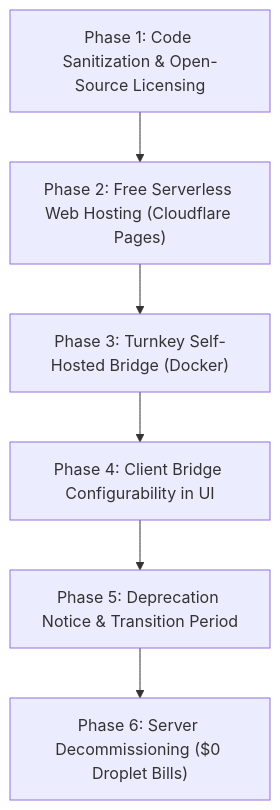
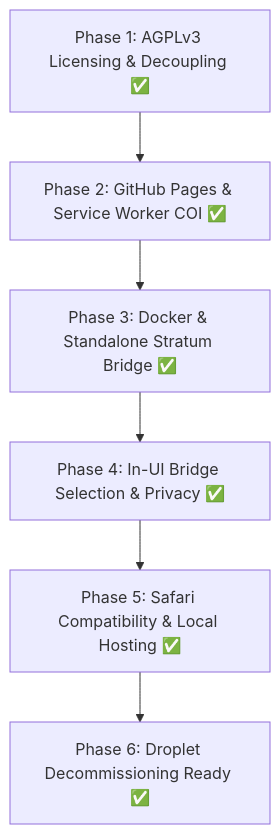
One commit to j3r0nim0/voltminer-web changed the diagram in docs/OPENSOURCE_AND_RETIREMENT_PLAN.md. Above: the diagram before and after it, drawn with Mermaid. The commit also changed other lines of this file, not shown here.

Commit message:
docs: finalize open-source transition and retirement execution report

````diff
--- a/docs/OPENSOURCE_AND_RETIREMENT_PLAN.md
+++ b/docs/OPENSOURCE_AND_RETIREMENT_PLAN.md
@@ -40,8 +25,8 @@
 ```mermaid
 flowchart TD
-    A["Phase 1: Code Sanitization & Open-Source Licensing"] --> B["Phase 2: Free Serverless Web Hosting (Cloudflare Pages)"]
-    B --> C["Phase 3: Turnkey Self-Hosted Bridge (Docker)"]
-    C --> D["Phase 4: Client Bridge Configurability in UI"]
-    D --> E["Phase 5: Deprecation Notice & Transition Period"]
-    E --> F["Phase 6: Server Decommissioning ($0 Droplet Bills)"]
+    A["Phase 1: AGPLv3 Licensing & Decoupling ✅"] --> B["Phase 2: GitHub Pages & Service Worker COI ✅"]
+    B --> C["Phase 3: Docker & Standalone Stratum Bridge ✅"]
+    C --> D["Phase 4: In-UI Bridge Selection & Privacy ✅"]
+    D --> E["Phase 5: Safari Compatibility & Local Hosting ✅"]
+    E --> F["Phase 6: Droplet Decommissioning Ready ✅"]
 ```
````
